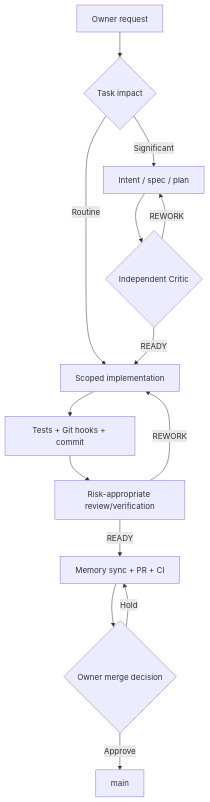
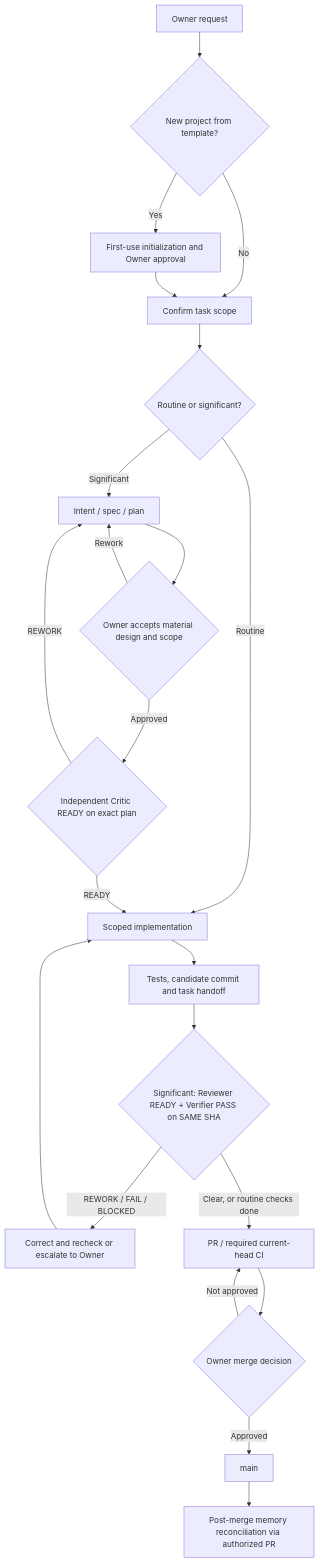
One commit to oleyna80/agentic-sdlc-lite changed the first of 2 diagrams in docs/architecture/overview.md. Above: the diagram before and after it, drawn with Mermaid. The commit also changed other lines of this file and 18 other files, not shown here.

Commit message:
docs: resolve Critic R1 consistency and memory portability findings

````diff
--- a/docs/architecture/overview.md
+++ b/docs/architecture/overview.md
@@ -7,16 +7,24 @@
 ```mermaid
 flowchart TD
-    O["Owner request"] --> P{"Task impact"}
-    P -->|Routine| I["Scoped implementation"]
-    P -->|Significant| S["Intent / spec / plan"]
-    S --> C{"Independent Critic"}
-    C -->|REWORK| S
-    C -->|READY| I
-    I --> T["Tests + Git hooks + commit"]
-    T --> V["Risk-appropriate review/verification"]
-    V -->|REWORK| I
-    V -->|READY| M["Memory sync + PR + CI"]
-    M --> GO{"Owner merge decision"}
-    GO -->|Approve| MAIN["main"]
-    GO -->|Hold| M
+    O["Owner request"] --> INIT{"New project from template?"}
+    INIT -->|Yes| SETUP["First-use initialization and Owner approval"]
+    INIT -->|No| SCOPE["Confirm task scope"]
+    SETUP --> SCOPE
+    SCOPE --> IMPACT{"Routine or significant?"}
+    IMPACT -->|Routine| CODE["Scoped implementation"]
+    IMPACT -->|Significant| PLAN["Intent / spec / plan"]
+    PLAN --> APPROVAL{"Owner accepts material design and scope"}
+    APPROVAL -->|Rework| PLAN
+    APPROVAL -->|Approved| CRIT{"Independent Critic READY on exact plan"}
+    CRIT -->|REWORK| PLAN
+    CRIT -->|READY| CODE
+    CODE --> TEST["Tests, candidate commit and task handoff"]
+    TEST --> ASSURE{"Significant: Reviewer READY + Verifier PASS on SAME SHA"}
+    ASSURE -->|REWORK / FAIL / BLOCKED| RESOLVE["Correct and recheck or escalate to Owner"]
+    RESOLVE --> CODE
+    ASSURE -->|Clear, or routine checks done| PR["PR / required current-head CI"]
+    PR --> GO{"Owner merge decision"}
+    GO -->|Not approved| PR
+    GO -->|Approved| MAIN["main"]
+    MAIN --> POST["Post-merge memory reconciliation via authorized PR"]
 ```
````
